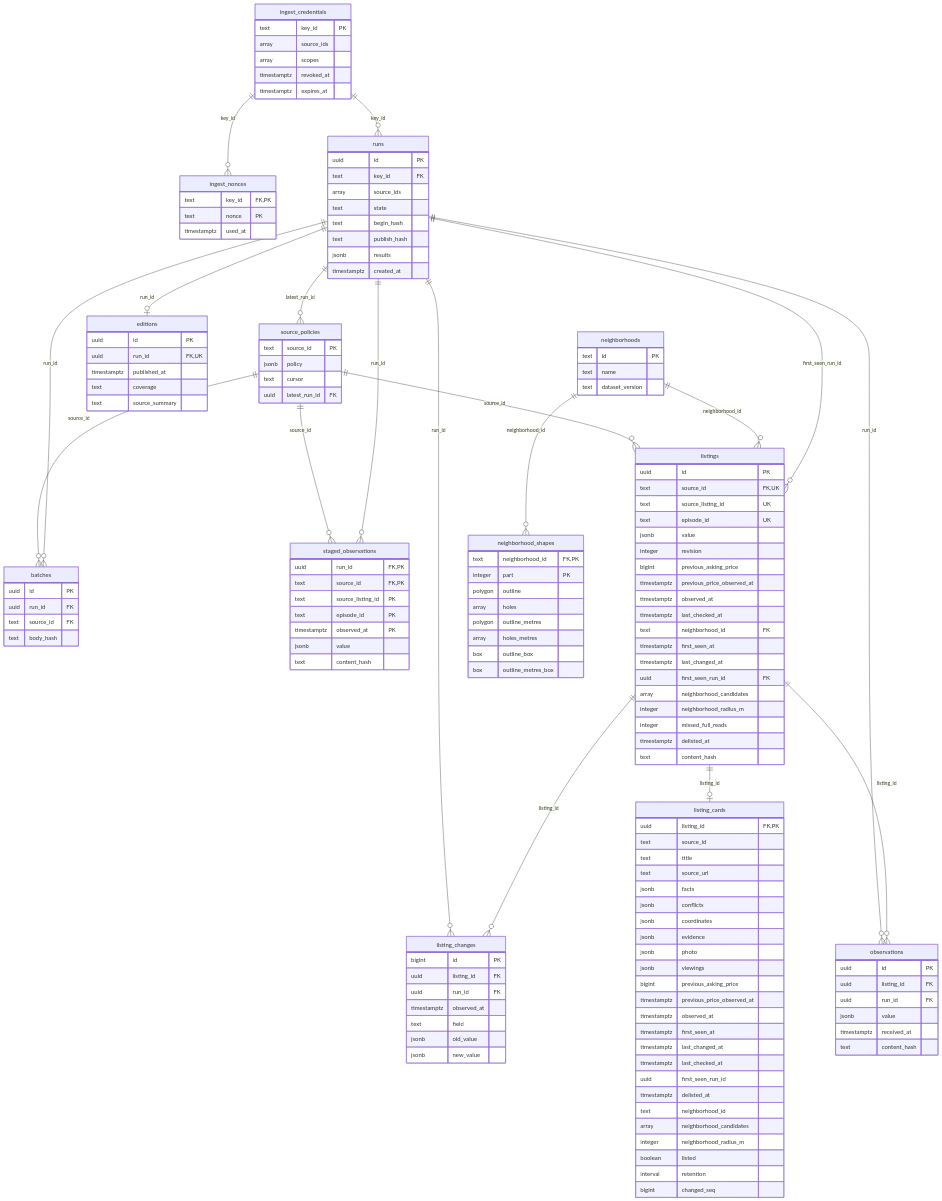
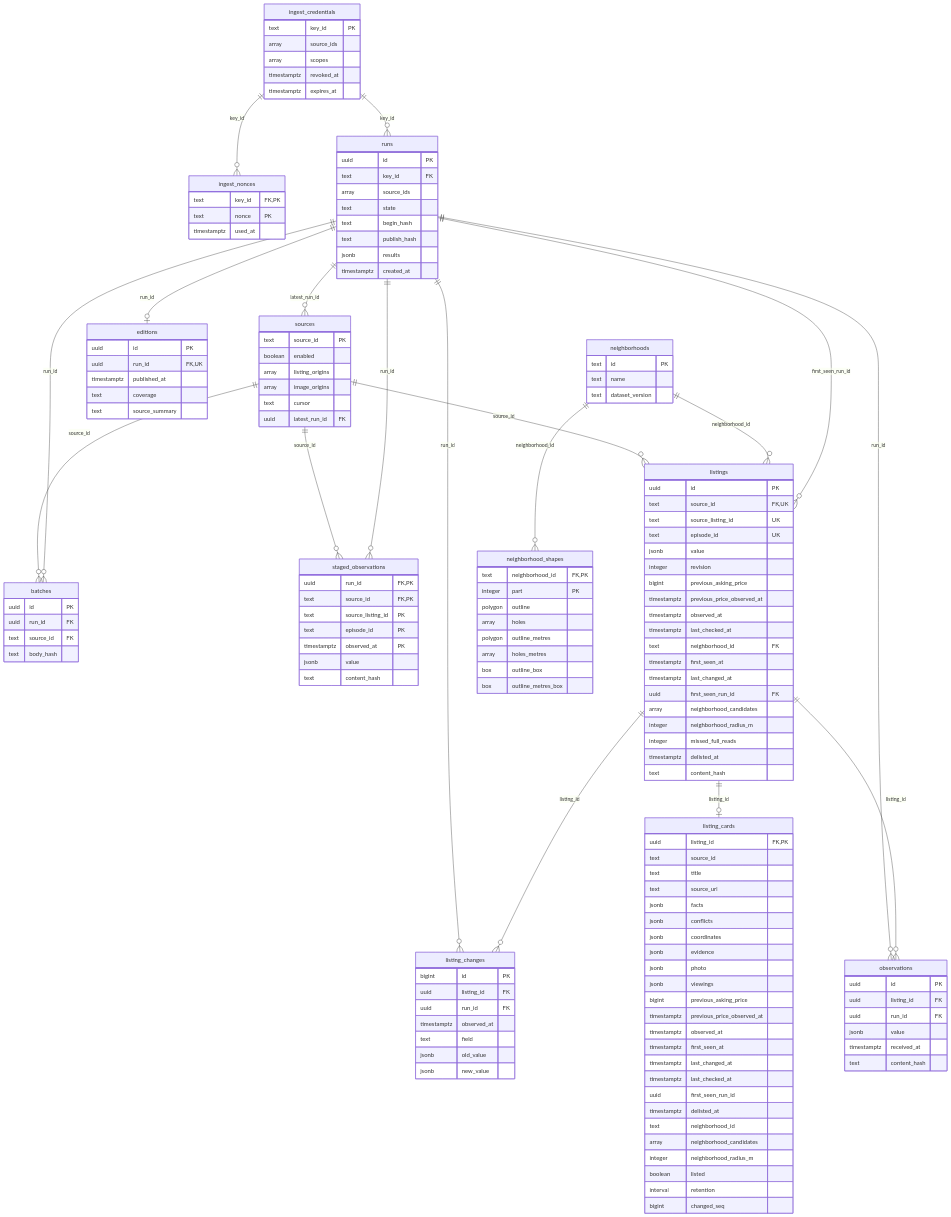
The second of 2 diagrams in instructions/house-scanner-schema.md (bobby-inscoe/bobbyinscoe), drawn with Mermaid before and after one commit. The commit also changed other lines of this file and 5 other files, not shown here.

````diff
--- a/instructions/house-scanner-schema.md
+++ b/instructions/house-scanner-schema.md
@@ -169,8 +169,10 @@
 ```mermaid
 erDiagram
-  source_policies {
+  sources {
     text source_id PK
-    jsonb policy
+    boolean enabled
+    array listing_origins
+    array image_origins
     text cursor
     uuid latest_run_id FK
   }
@@ -298,7 +300,7 @@
     box outline_metres_box
   }
   runs ||--o{ batches : "run_id"
-  source_policies ||--o{ batches : "source_id"
+  sources ||--o{ batches : "source_id"
   runs ||--o| editions : "run_id"
   ingest_credentials ||--o{ ingest_nonces : "key_id"
   listings ||--o| listing_cards : "listing_id"
@@ -306,12 +308,12 @@
   runs ||--o{ listing_changes : "run_id"
   runs ||--o{ listings : "first_seen_run_id"
   neighborhoods ||--o{ listings : "neighborhood_id"
-  source_policies ||--o{ listings : "source_id"
+  sources ||--o{ listings : "source_id"
   neighborhoods ||--o{ neighborhood_shapes : "neighborhood_id"
   listings ||--o{ observations : "listing_id"
   runs ||--o{ observations : "run_id"
   ingest_credentials ||--o{ runs : "key_id"
-  runs ||--o{ source_policies : "latest_run_id"
+  runs ||--o{ sources : "latest_run_id"
   runs ||--o{ staged_observations : "run_id"
-  source_policies ||--o{ staged_observations : "source_id"
+  sources ||--o{ staged_observations : "source_id"
 ```
````
